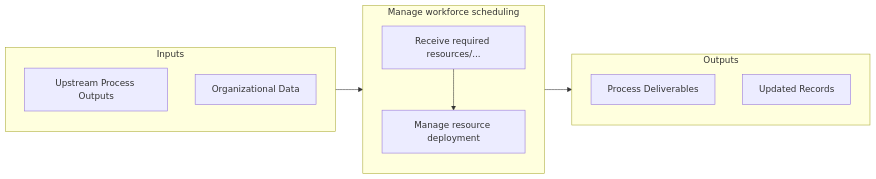
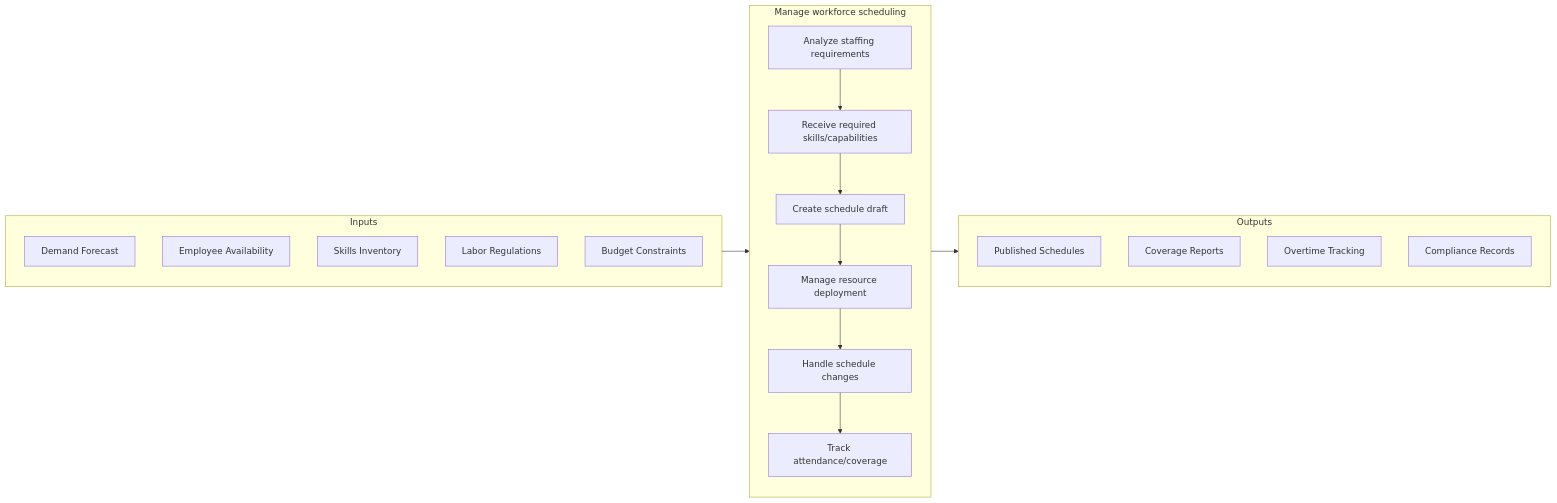
Before and after one commit to kziemski/business.org.ai: the second of 2 diagrams in processes/07-HR/7.6-RedeployRetireEmployees/7.6.6-ManageWorkforceScheduling/index.mdx, drawn with Mermaid. The commit also changed other lines of this file and 885 other files, not shown here.

````diff
--- a/processes/07-HR/7.6-RedeployRetireEmployees/7.6.6-ManageWorkforceScheduling/index.mdx
+++ b/processes/07-HR/7.6-RedeployRetireEmployees/7.6.6-ManageWorkforceScheduling/index.mdx
@@ -60,20 +58,31 @@
 ```mermaid
 flowchart LR
     subgraph Inputs["Inputs"]
-        I1["Upstream Process Outputs"]
-        I2["Organizational Data"]
+        I1["Demand Forecast"]
+        I2["Employee Availability"]
+        I3["Skills Inventory"]
+        I4["Labor Regulations"]
+        I5["Budget Constraints"]
     end
 
     subgraph Process["Manage workforce scheduling"]
-        S1["Receive required resources/..."]
-        S2["Manage resource deployment"]
+        S1["Analyze staffing requirements"]
+        S2["Receive required skills/capabilities"]
+        S3["Create schedule draft"]
+        S4["Manage resource deployment"]
+        S5["Handle schedule changes"]
+        S6["Track attendance/coverage"]
+
+        S1 --> S2 --> S3 --> S4
+        S4 --> S5 --> S6
     end
 
     subgraph Outputs["Outputs"]
-        O1["Process Deliverables"]
-        O2["Updated Records"]
+        O1["Published Schedules"]
+        O2["Coverage Reports"]
+        O3["Overtime Tracking"]
+        O4["Compliance Records"]
     end
 
     Inputs --> Process --> Outputs
-    S1 --> S2
 ```
````
